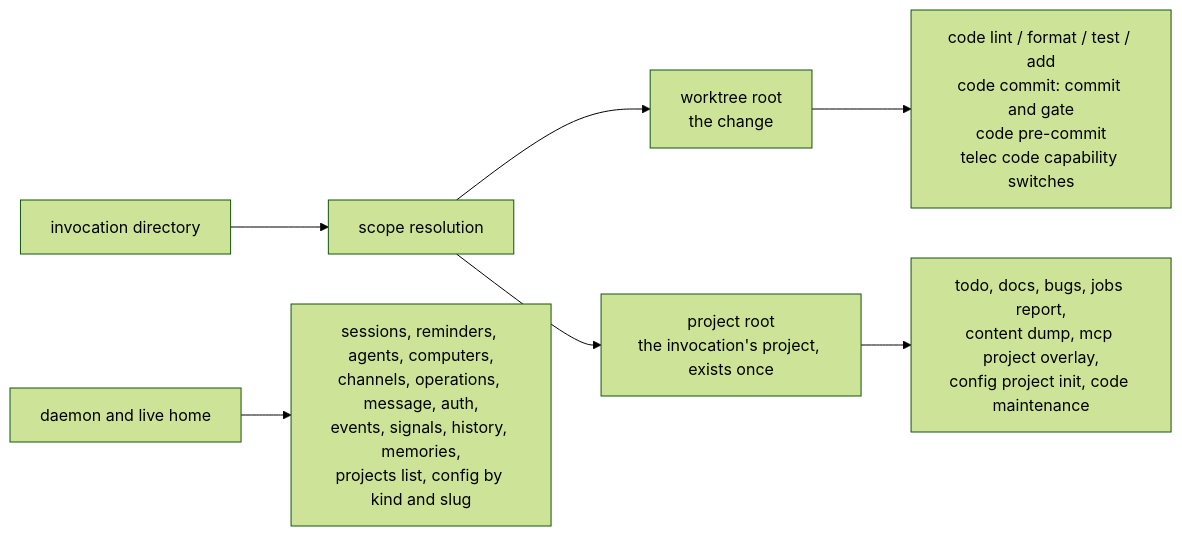
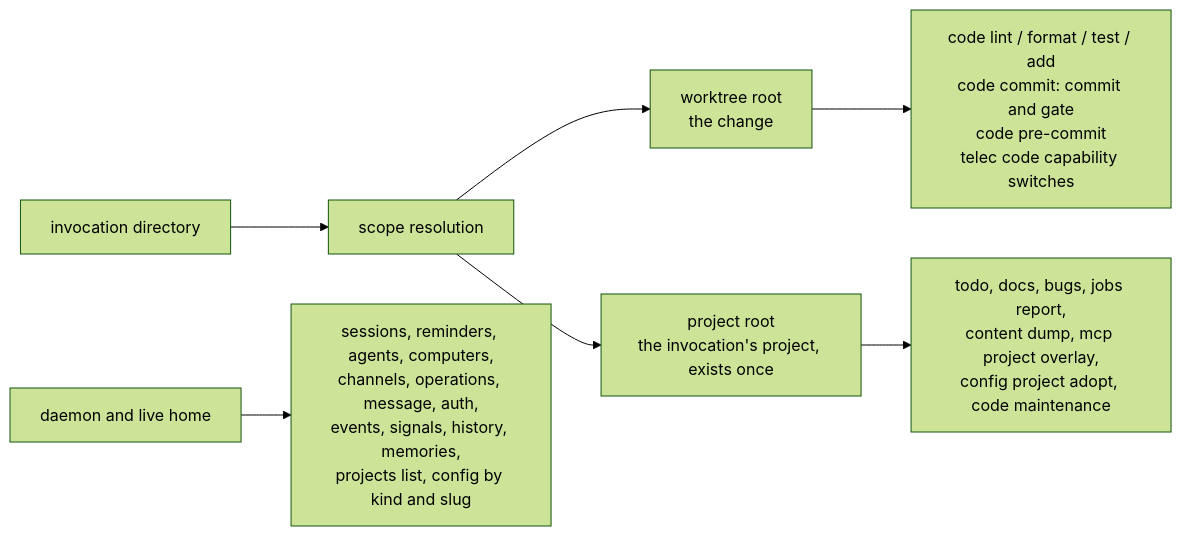
Before and after one commit to InstruktAI/TeleClaude: the second of 2 diagrams in docs/local/design/architecture/command-scope.md, drawn with Mermaid (forest theme). The commit also changed other lines of this file and 13 other files, not shown here.

First line of the commit message:
docs: author project init's removal and name adoption where it happens [skip ci]

````diff
--- a/docs/local/design/architecture/command-scope.md
+++ b/docs/local/design/architecture/command-scope.md
@@ -48,9 +62,9 @@
 ```mermaid
 flowchart LR
     Dir[invocation directory] --> R[scope resolution]
     R --> W[worktree root<br/>the change]
     R --> P[project root<br/>the invocation's project, exists once]
     W --> Wc[code lint / format / test / add<br/>code commit: commit and gate<br/>code pre-commit<br/>telec code capability switches]
-    P --> Pc[todo, docs, bugs, jobs report,<br/>content dump, mcp project overlay,<br/>config project init, code maintenance]
+    P --> Pc[todo, docs, bugs, jobs report,<br/>content dump, mcp project overlay,<br/>config project adopt, code maintenance]
     S[daemon and live home] --> Sc[sessions, reminders, agents, computers,<br/>channels, operations, message, auth,<br/>events, signals, history, memories,<br/>projects list, config by kind and slug]
 ```
````
